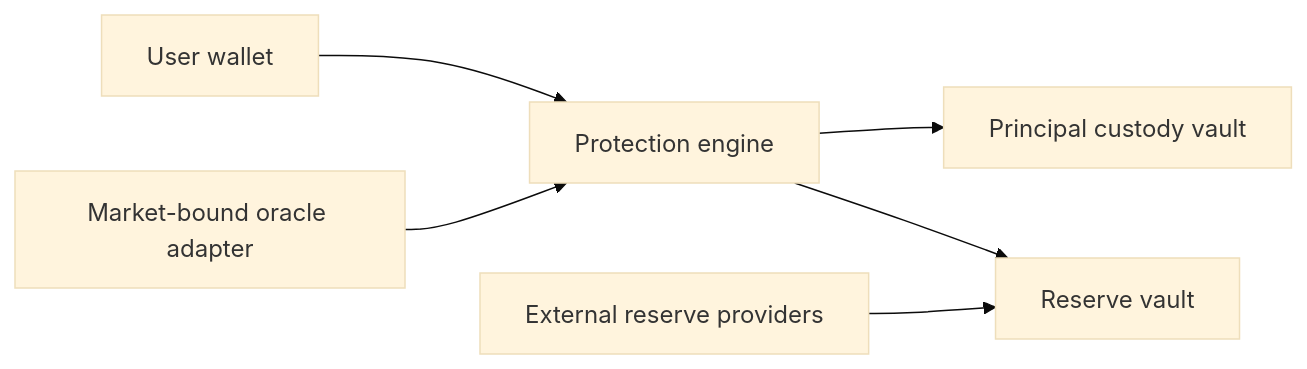
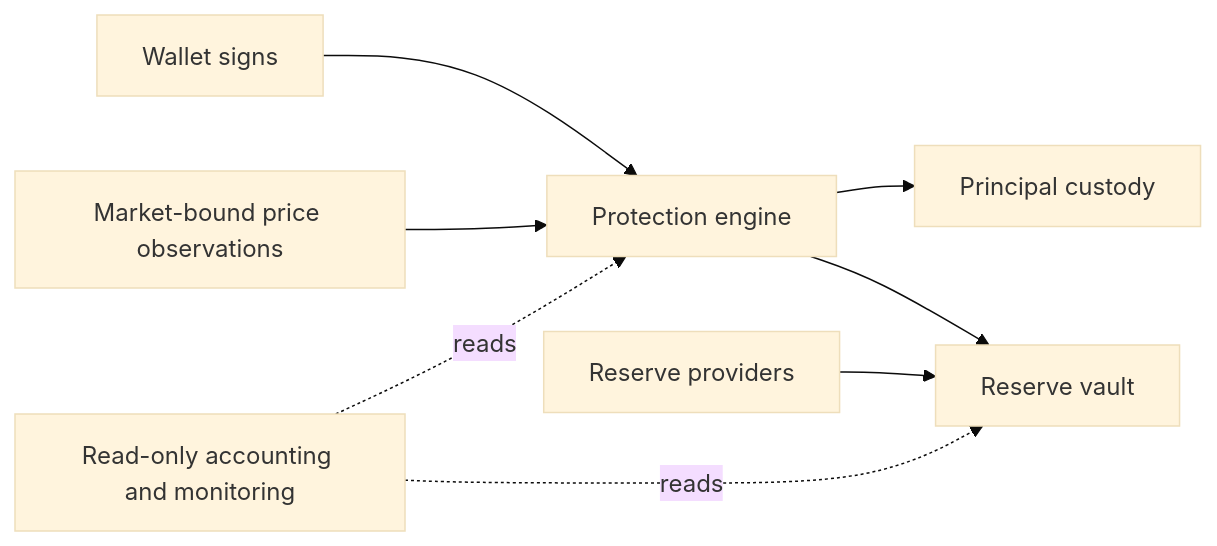
Before and after one commit to CoverFI-space/coverfi-docs: the diagram in smart-contracts/architecture.mdx, drawn with Mermaid (base theme). The commit also changed other lines of this file and 14 other files, not shown here.

Commit message:
Align resubmission docs with 50k budget, CA role and future launch roadmap

````diff
--- a/smart-contracts/architecture.mdx
+++ b/smart-contracts/architecture.mdx
@@ -18,8 +12,10 @@
 ```mermaid
 flowchart LR
-  W[User wallet] --> E[Protection engine]
-  P[Market-bound oracle adapter] --> E
-  E --> V[Principal custody vault]
-  E --> R[Reserve vault]
-  L[External reserve providers] --> R
+  Wallet[Wallet signs] --> Engine[Protection engine]
+  Oracle[Market-bound price observations] --> Engine
+  Engine --> Custody[Principal custody]
+  Engine --> Reserve[Reserve vault]
+  LP[Reserve providers] --> Reserve
+  Monitor[Read-only accounting and monitoring] -. reads .-> Engine
+  Monitor -. reads .-> Reserve
 ```
````
